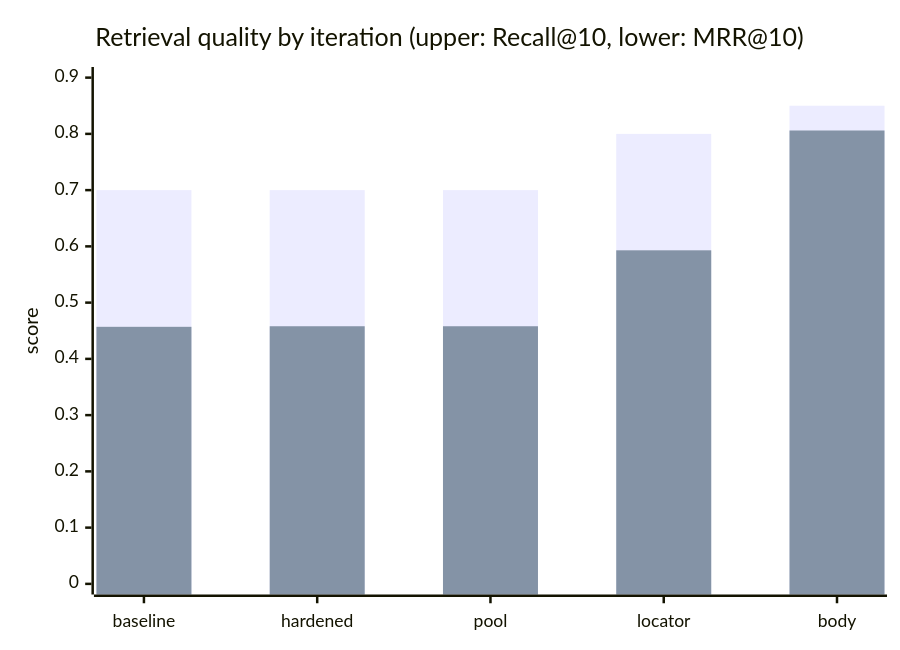
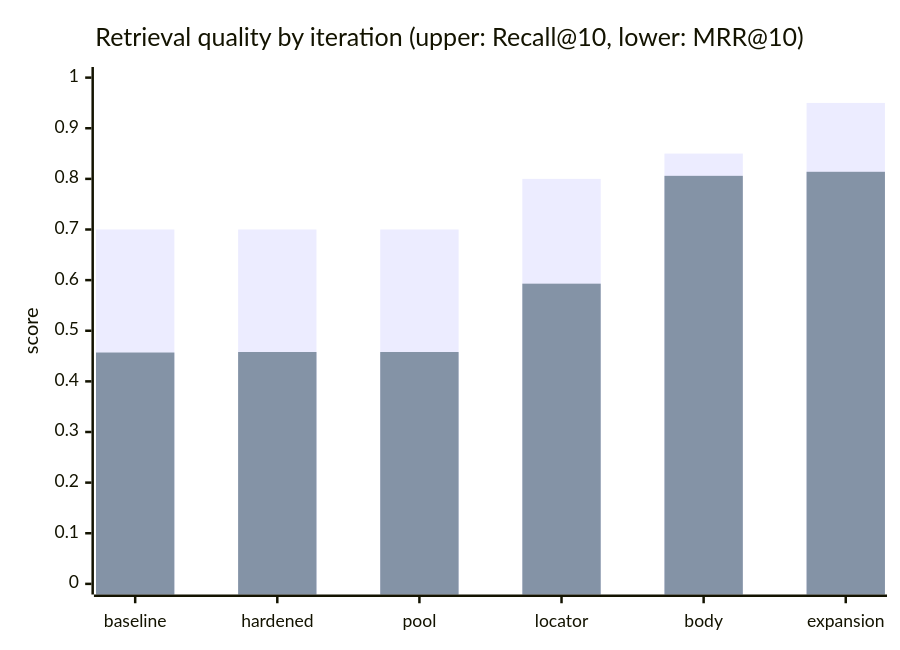
One commit to nuclearthinking/priorart changed the first of 3 diagrams in benchmarks/README.md. Above: the diagram before and after it, drawn with Mermaid. The commit also changed other lines of this file and 9 other files, not shown here.

````diff
--- a/benchmarks/README.md
+++ b/benchmarks/README.md
@@ -32,8 +33,8 @@
 ```mermaid
 xychart-beta
     title "Retrieval quality by iteration (upper: Recall@10, lower: MRR@10)"
-    x-axis ["baseline", "hardened", "pool", "locator", "body"]
-    y-axis "score" 0 --> 0.9
-    bar [0.70, 0.70, 0.70, 0.80, 0.85]
-    bar [0.457, 0.458, 0.458, 0.593, 0.806]
+    x-axis ["baseline", "hardened", "pool", "locator", "body", "expansion"]
+    y-axis "score" 0 --> 1
+    bar [0.70, 0.70, 0.70, 0.80, 0.85, 0.95]
+    bar [0.457, 0.458, 0.458, 0.593, 0.806, 0.814]
 ```
````
